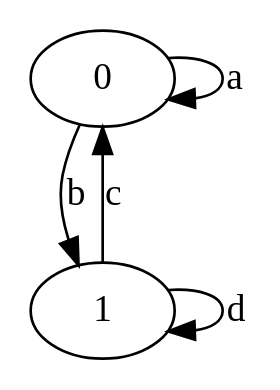
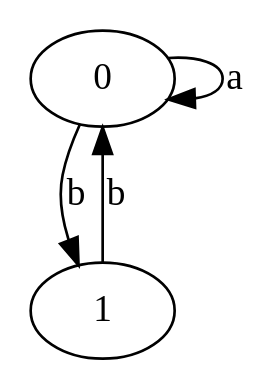
The diagram in test-output/round-table.gv (alirezahi/Finite-State-Machine), drawn with Graphviz before and after one commit. The commit also changed 3 other files, not shown here.

```diff
--- a/test-output/round-table.gv
+++ b/test-output/round-table.gv
@@ -1,9 +1,8 @@
 // The Round Table
 digraph {
 	0 [label=0]
 		0 -> 0 [label=a]
 		0 -> 1 [label=b]
 	1 [label=1]
-		1 -> 0 [label=c]
-		1 -> 1 [label=d]
+		1 -> 0 [label=b]
 }
```
